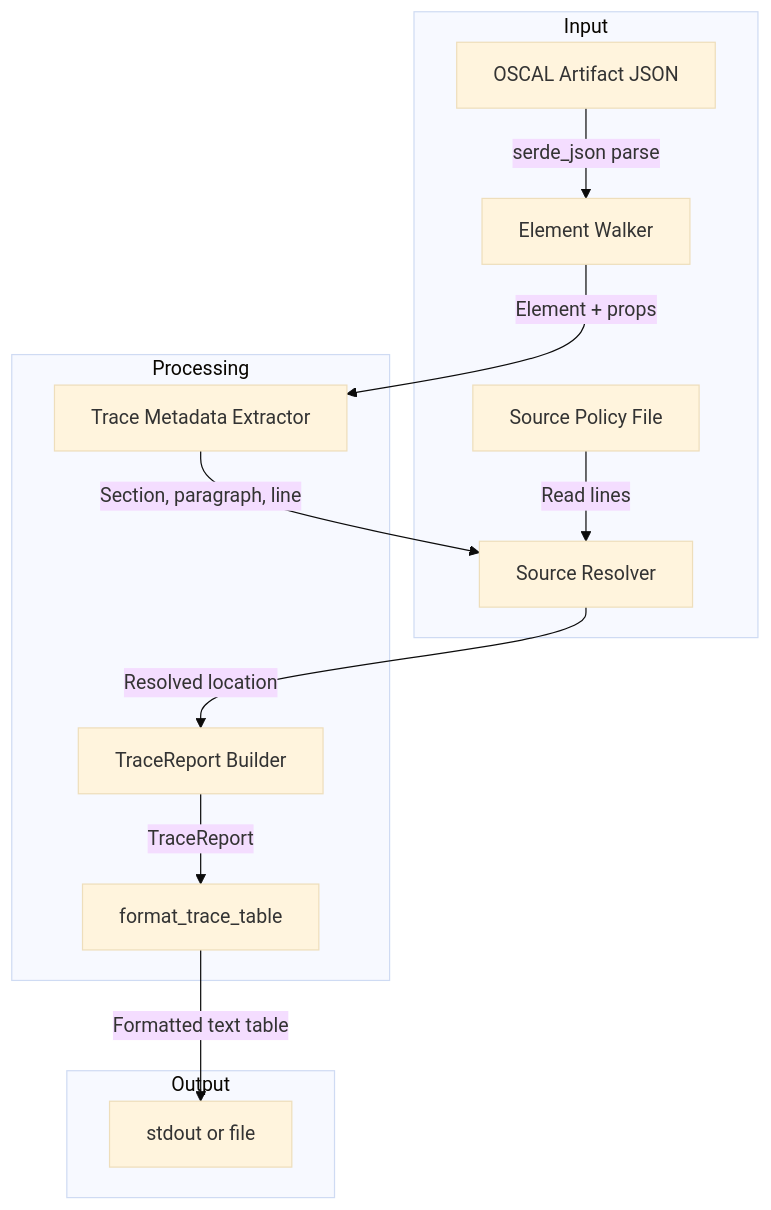
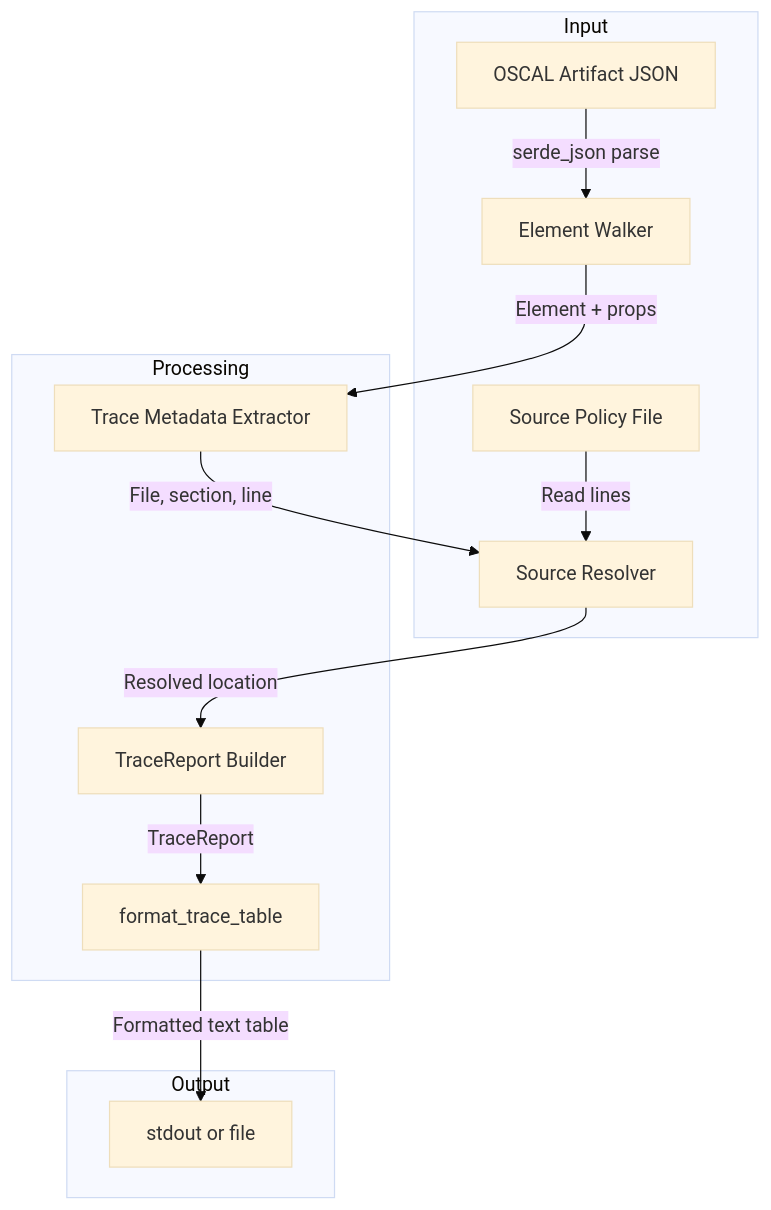
The second of 3 diagrams in docs/SEC/038-sec-traceability-report.md (policy-forge/forge), drawn with Mermaid (base theme) before and after one commit. The commit also changed other lines of this file and 24 other files, not shown here.

````diff
--- a/docs/SEC/038-sec-traceability-report.md
+++ b/docs/SEC/038-sec-traceability-report.md
@@ -161,18 +161,18 @@
 ```mermaid
 flowchart TD
     subgraph Input
         ART[OSCAL Artifact JSON] -->|"serde_json parse"| WALKER[Element Walker]
         SRC[Source Policy File] -->|"Read lines"| RESOLVER[Source Resolver]
     end
 
     subgraph Processing
         WALKER -->|"Element + props"| EXTRACTOR[Trace Metadata Extractor]
-        EXTRACTOR -->|"Section, paragraph, line"| RESOLVER
+        EXTRACTOR -->|"File, section, line"| RESOLVER
         RESOLVER -->|"Resolved location"| BUILDER[TraceReport Builder]
         BUILDER -->|"TraceReport"| FORMATTER[format_trace_table]
     end
 
     subgraph Output
         FORMATTER -->|"Formatted text table"| OUT[stdout or file]
     end
 ```
````
